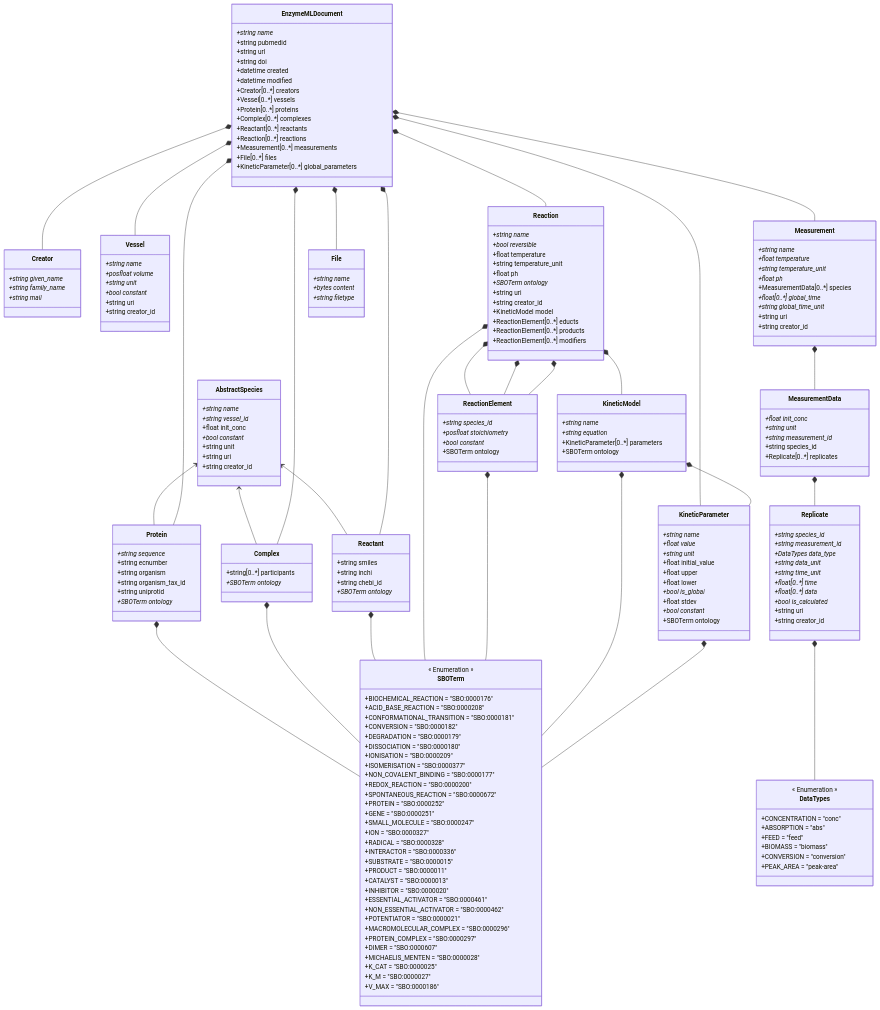
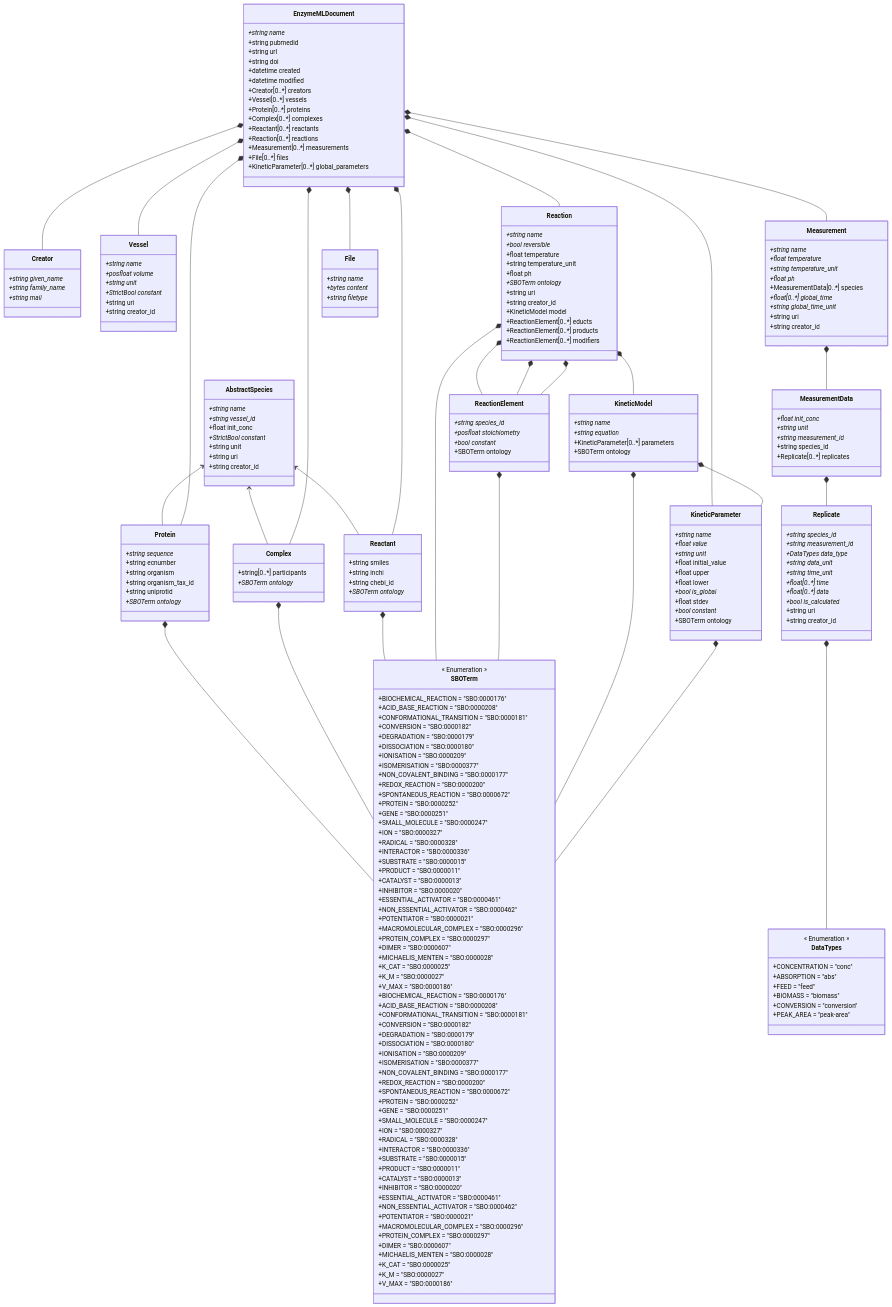
Before and after one commit to EnzymeML/enzymeml-specifications: the diagram in PyEnzyme/schemes/Ontologies.md, drawn with Mermaid. The commit also changed 18 other files, not shown here.

```diff
--- a/PyEnzyme/schemes/Ontologies.md
+++ b/PyEnzyme/schemes/Ontologies.md
@@ -56,7 +56,7 @@
         +string name*
         +posfloat volume*
         +string unit*
-        +bool constant*
+        +StrictBool constant*
         +string uri
         +string creator_id
     }
@@ -65,7 +65,7 @@
         +string name*
         +string vessel_id*
         +float init_conc
-        +bool constant*
+        +StrictBool constant*
         +string unit
         +string uri
         +string creator_id
@@ -208,6 +208,41 @@
         +V_MAX = "SBO:0000186"
     }
     
+    class SBOTerm {
+        << Enumeration >>
+        +BIOCHEMICAL_REACTION = "SBO:0000176"
+        +ACID_BASE_REACTION = "SBO:0000208"
+        +CONFORMATIONAL_TRANSITION = "SBO:0000181"
+        +CONVERSION = "SBO:0000182"
+        +DEGRADATION = "SBO:0000179"
+        +DISSOCIATION = "SBO:0000180"
+        +IONISATION = "SBO:0000209"
+        +ISOMERISATION = "SBO:0000377"
+        +NON_COVALENT_BINDING = "SBO:0000177"
+        +REDOX_REACTION = "SBO:0000200"
+        +SPONTANEOUS_REACTION = "SBO:0000672"
+        +PROTEIN = "SBO:0000252"
+        +GENE = "SBO:0000251"
+        +SMALL_MOLECULE = "SBO:0000247"
+        +ION = "SBO:0000327"
+        +RADICAL = "SBO:0000328"
+        +INTERACTOR = "SBO:0000336"
+        +SUBSTRATE = "SBO:0000015"
+        +PRODUCT = "SBO:0000011"
+        +CATALYST = "SBO:0000013"
+        +INHIBITOR = "SBO:0000020"
+        +ESSENTIAL_ACTIVATOR = "SBO:0000461"
+        +NON_ESSENTIAL_ACTIVATOR = "SBO:0000462"
+        +POTENTIATOR = "SBO:0000021"
+        +MACROMOLECULAR_COMPLEX = "SBO:0000296"
+        +PROTEIN_COMPLEX = "SBO:0000297"
+        +DIMER = "SBO:0000607"
+        +MICHAELIS_MENTEN = "SBO:0000028"
+        +K_CAT = "SBO:0000025"
+        +K_M = "SBO:0000027"
+        +V_MAX = "SBO:0000186"
+    }
+    
     class DataTypes {
         << Enumeration >>
         +CONCENTRATION = "conc"
```
